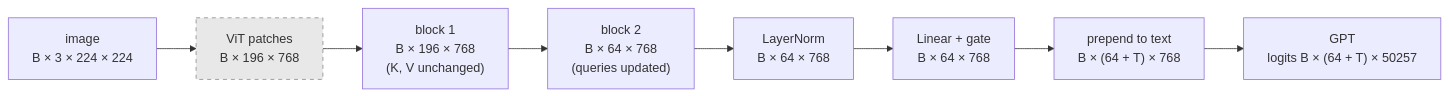
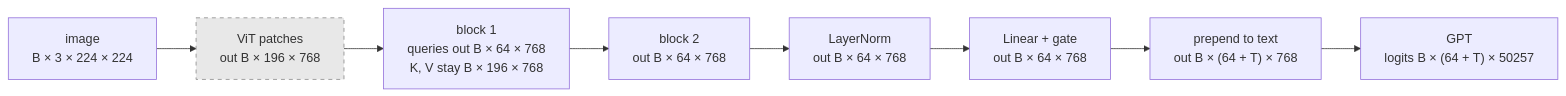
The sixth of 9 diagrams in experiment/connector.md (AsishKumarDalal/medicalvllm), drawn with Mermaid before and after one commit. The commit also changed other lines of this file, not shown here.

Commit message:
Annotate every connector diagram node with output dimensions

````diff
--- a/experiment/connector.md
+++ b/experiment/connector.md
@@ -159,12 +159,12 @@
 ```mermaid
 flowchart LR
-    A["image<br/>B × 3 × 224 × 224"] --> B["ViT patches<br/>B × 196 × 768"]
-    B --> C["block 1<br/>B × 196 × 768<br/>(K, V unchanged)"]
-    C --> D["block 2<br/>B × 64 × 768<br/>(queries updated)"]
-    D --> E["LayerNorm<br/>B × 64 × 768"]
-    E --> F["Linear + gate<br/>B × 64 × 768"]
-    F --> G["prepend to text<br/>B × (64 + T) × 768"]
+    A["image<br/>B × 3 × 224 × 224"] --> B["ViT patches<br/>out B × 196 × 768"]
+    B --> C["block 1<br/>queries out B × 64 × 768<br/>K, V stay B × 196 × 768"]
+    C --> D["block 2<br/>out B × 64 × 768"]
+    D --> E["LayerNorm<br/>out B × 64 × 768"]
+    E --> F["Linear + gate<br/>out B × 64 × 768"]
+    F --> G["prepend to text<br/>out B × (64 + T) × 768"]
     G --> H["GPT<br/>logits B × (64 + T) × 50257"]
 
     style B fill:#e8e8e8,stroke:#888,stroke-dasharray:5 5
 ```
````
